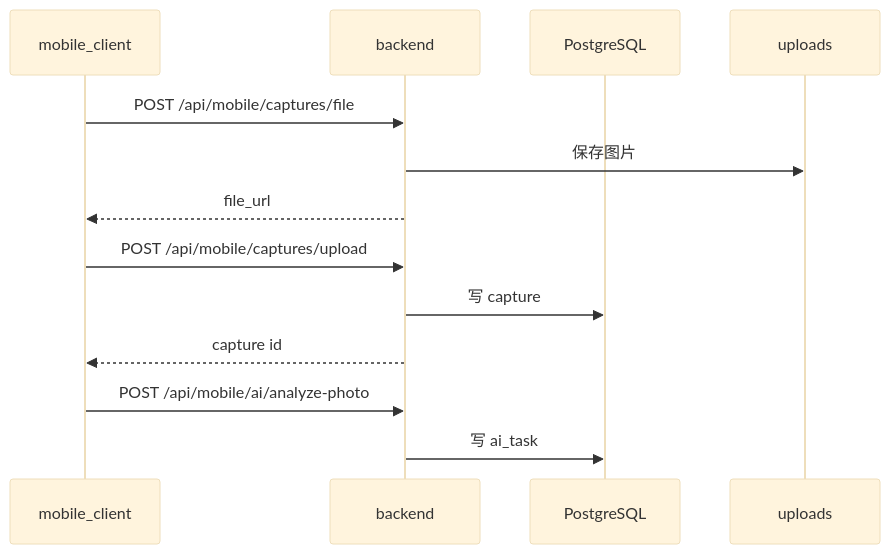
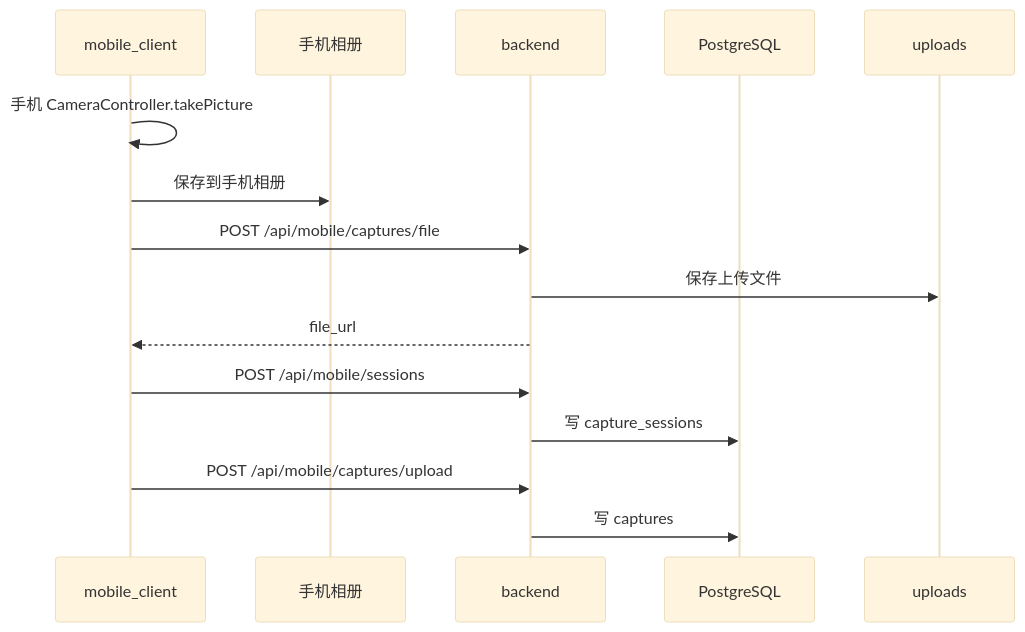
The first of 5 diagrams in docs/统一采集存储与协同流程.md (LiPeiCong60/Camera-Assistant-System), drawn with Mermaid (base theme) before and after one commit. The commit also changed other lines of this file and 41 other files, not shown here.

Commit message:
docs: align documentation with current architecture

````diff
--- a/docs/统一采集存储与协同流程.md
+++ b/docs/统一采集存储与协同流程.md
@@ -18,16 +34,18 @@
 ```mermaid
 sequenceDiagram
   participant App as mobile_client
+  participant Gallery as 手机相册
   participant Backend as backend
   participant DB as PostgreSQL
   participant Files as uploads
 
+  App->>App: 手机 CameraController.takePicture
+  App->>Gallery: 保存到手机相册
   App->>Backend: POST /api/mobile/captures/file
-  Backend->>Files: 保存图片
+  Backend->>Files: 保存上传文件
   Backend-->>App: file_url
+  App->>Backend: POST /api/mobile/sessions
+  Backend->>DB: 写 capture_sessions
   App->>Backend: POST /api/mobile/captures/upload
-  Backend->>DB: 写 capture
-  Backend-->>App: capture id
-  App->>Backend: POST /api/mobile/ai/analyze-photo
-  Backend->>DB: 写 ai_task
+  Backend->>DB: 写 captures
 ```
````
